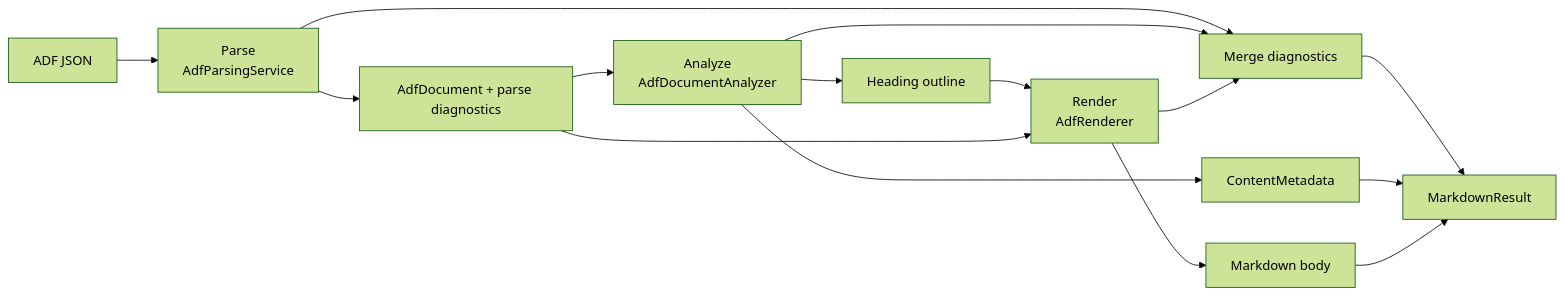
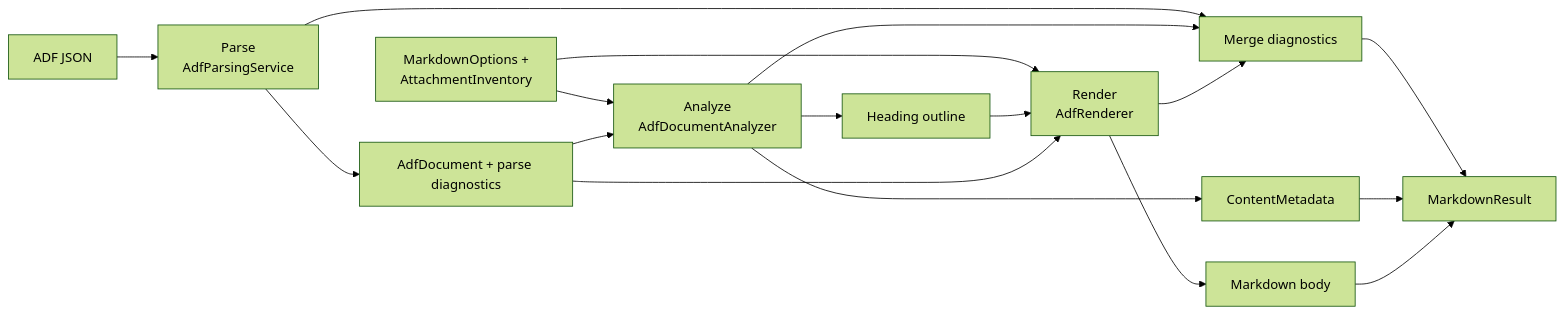
The second of 3 diagrams in docs/architecture.md (thiagogcm/adf4j), drawn with Mermaid (forest theme) before and after one commit. The commit also changed other lines of this file and 196 other files, not shown here.

````diff
--- a/docs/architecture.md
+++ b/docs/architecture.md
@@ -56,17 +57,19 @@
 ```mermaid
 flowchart LR
     json["ADF JSON"] --> parse["Parse<br/>AdfParsingService"]
     parse --> ast["AdfDocument + parse diagnostics"]
+    options["MarkdownOptions +<br/>AttachmentInventory"] --> analyze
+    options --> render
     ast --> analyze["Analyze<br/>AdfDocumentAnalyzer"]
     analyze --> outline["Heading outline"]
     analyze --> metadata["ContentMetadata"]
     outline --> render["Render<br/>AdfRenderer"]
     ast --> render
     render --> body["Markdown body"]
     parse --> merge["Merge diagnostics"]
     analyze --> merge
     render --> merge
     merge --> result["MarkdownResult"]
     metadata --> result
     body --> result
 ```
````
